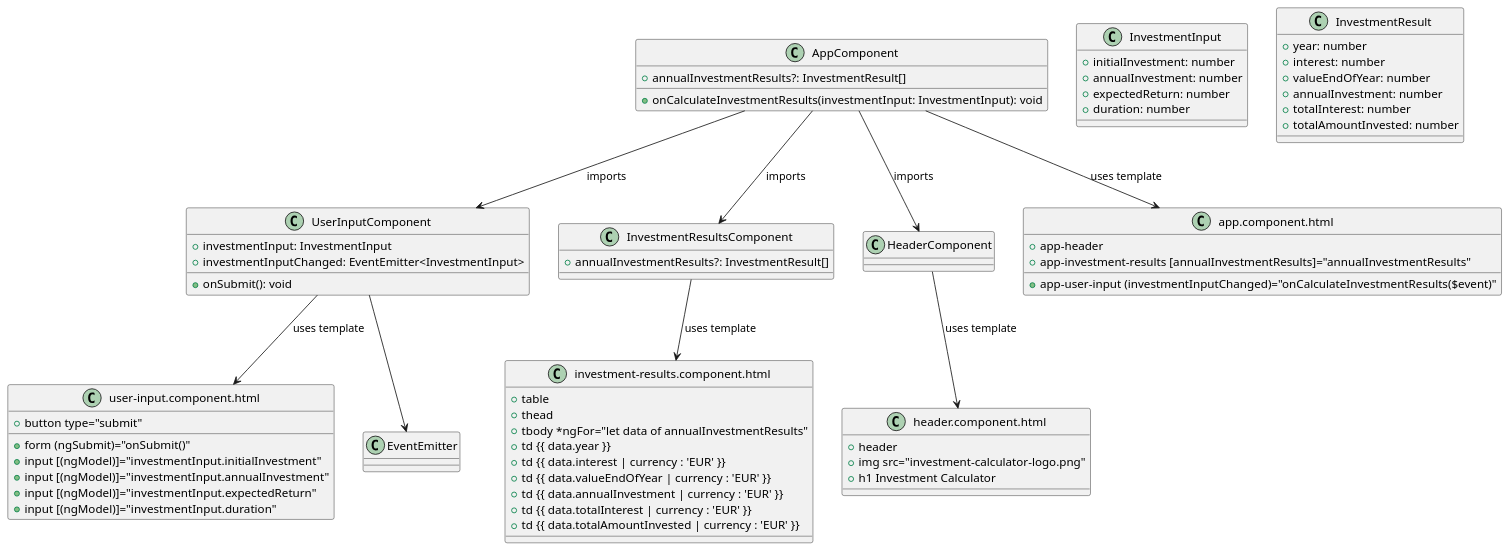
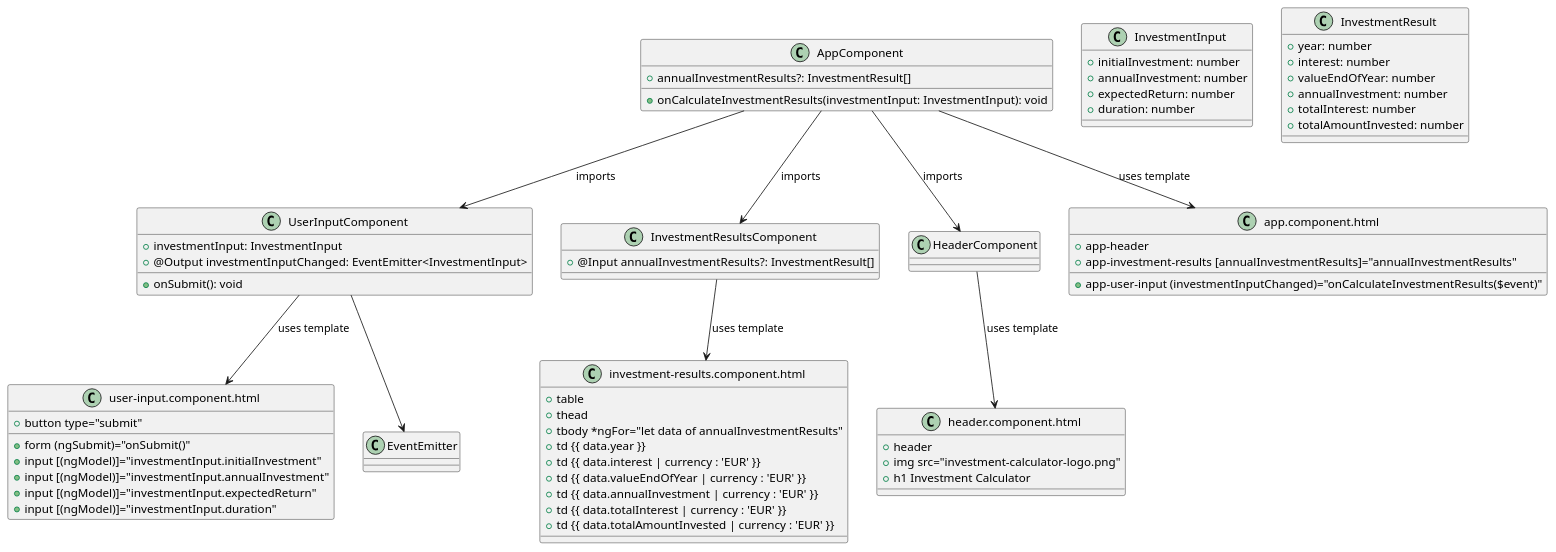
One commit to wtek01/angular-investment-calculator-cross-component-outputs-standalone changed the diagram in src/diagrams/investment-calculator-cross-componenet-outputs-standalone.puml. Above: the diagram before and after it, drawn with PlantUML. The commit also changed 6 other files, not shown here.

Commit message:
Update diagram & Add data moodel

```diff
--- a/src/diagrams/investment-calculator-cross-componenet-outputs-standalone.puml
+++ b/src/diagrams/investment-calculator-cross-componenet-outputs-standalone.puml
@@ -1,80 +1,80 @@
 @startuml Investment Calculator Cross Component Outputs Diagram
 
 class AppComponent {
   +annualInvestmentResults?: InvestmentResult[]
   +onCalculateInvestmentResults(investmentInput: InvestmentInput): void
 }
 
 class UserInputComponent {
   +investmentInput: InvestmentInput
-  +investmentInputChanged: EventEmitter<InvestmentInput>
+  +@Output investmentInputChanged: EventEmitter<InvestmentInput>
   +onSubmit(): void
 }
 
 class InvestmentResultsComponent {
-  +annualInvestmentResults?: InvestmentResult[]
+  +@Input annualInvestmentResults?: InvestmentResult[]
 }
 
 class HeaderComponent {
 }
 
 class InvestmentInput {
   +initialInvestment: number
   +annualInvestment: number
   +expectedReturn: number
   +duration: number
 }
 
 class InvestmentResult {
   +year: number
   +interest: number
   +valueEndOfYear: number
   +annualInvestment: number
   +totalInterest: number
   +totalAmountInvested: number
 }
 
 class "app.component.html" as AppComponentTemplate {
   +app-header
   +app-user-input (investmentInputChanged)="onCalculateInvestmentResults($event)"
   +app-investment-results [annualInvestmentResults]="annualInvestmentResults"
 }
 
 class "user-input.component.html" as UserInputComponentTemplate {
   +form (ngSubmit)="onSubmit()"
   +input [(ngModel)]="investmentInput.initialInvestment"
   +input [(ngModel)]="investmentInput.annualInvestment"
   +input [(ngModel)]="investmentInput.expectedReturn"
   +input [(ngModel)]="investmentInput.duration"
   +button type="submit"
 }
 
 class "investment-results.component.html" as InvestmentResultsComponentTemplate {
   +table
   +thead
   +tbody *ngFor="let data of annualInvestmentResults"
   +td {{ data.year }}
   +td {{ data.interest | currency : 'EUR' }}
   +td {{ data.valueEndOfYear | currency : 'EUR' }}
   +td {{ data.annualInvestment | currency : 'EUR' }}
   +td {{ data.totalInterest | currency : 'EUR' }}
   +td {{ data.totalAmountInvested | currency : 'EUR' }}
 }
 
 class "header.component.html" as HeaderComponentTemplate {
   +header
   +img src="investment-calculator-logo.png"
   +h1 Investment Calculator
 }
 
 AppComponent --> AppComponentTemplate : uses template
 UserInputComponent --> UserInputComponentTemplate : uses template
 InvestmentResultsComponent --> InvestmentResultsComponentTemplate : uses template
 HeaderComponent --> HeaderComponentTemplate : uses template
 
 AppComponent --> HeaderComponent : imports
 AppComponent --> UserInputComponent : imports
 AppComponent --> InvestmentResultsComponent : imports
 UserInputComponent --> EventEmitter
 
 @enduml
```
